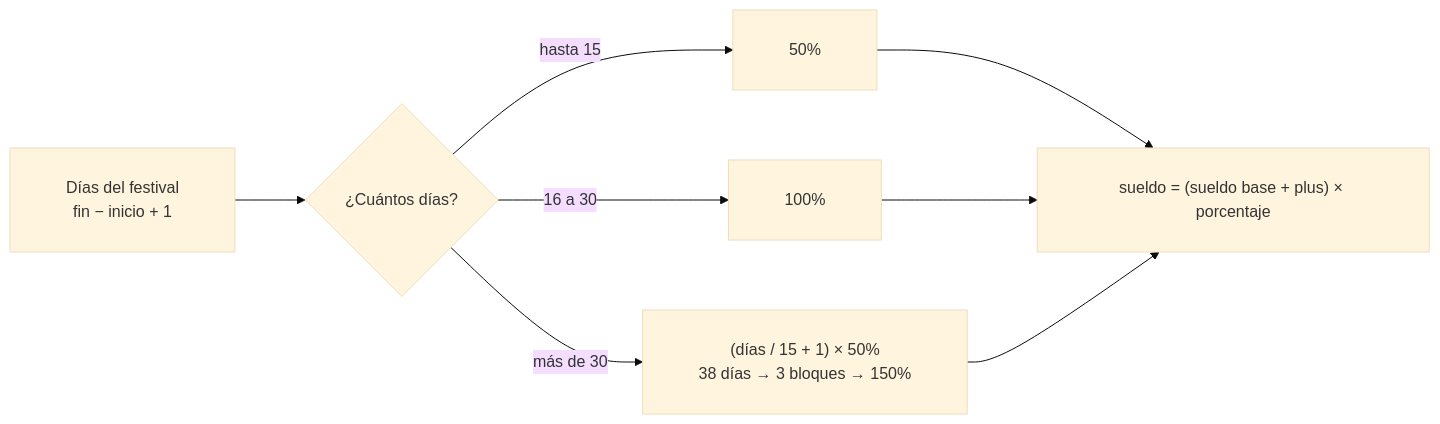
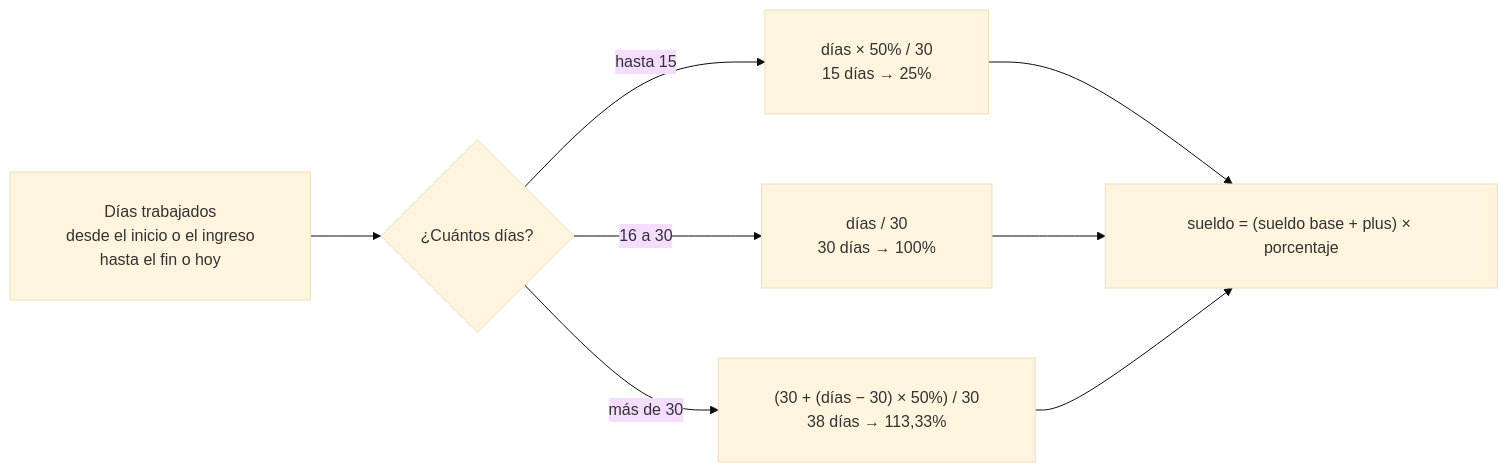
Before and after one commit to ignacioDpuig/hito2-grupo14: the fifth of 7 diagrams in README.md, drawn with Mermaid (base theme). The commit also changed other lines of this file and 2 other files, not shown here.

Commit message:
docs(liquidacion): fórmula del sueldo por días trabajados en el README y los comentarios

````diff
--- a/README.md
+++ b/README.md
@@ -399,9 +400,9 @@
 ```mermaid
 %%{init: {"flowchart": {"padding": 28, "nodeSpacing": 70, "rankSpacing": 70, "wrappingWidth": 280}}}%%
 flowchart LR
-    D[Días del festival<br/>fin − inicio + 1] --> Q{¿Cuántos días?}
-    Q -- "hasta 15" --> P1[50%]
-    Q -- "16 a 30" --> P2[100%]
-    Q -- "más de 30" --> P3["(días / 15 + 1) × 50%<br/>38 días → 3 bloques → 150%"]
+    D[Días trabajados<br/>desde el inicio o el ingreso<br/>hasta el fin o hoy] --> Q{¿Cuántos días?}
+    Q -- "hasta 15" --> P1["días × 50% / 30<br/>15 días → 25%"]
+    Q -- "16 a 30" --> P2["días / 30<br/>30 días → 100%"]
+    Q -- "más de 30" --> P3["(30 + (días − 30) × 50%) / 30<br/>38 días → 113,33%"]
     P1 & P2 & P3 --> T["sueldo = (sueldo base + plus) × porcentaje"]
 ```
````
